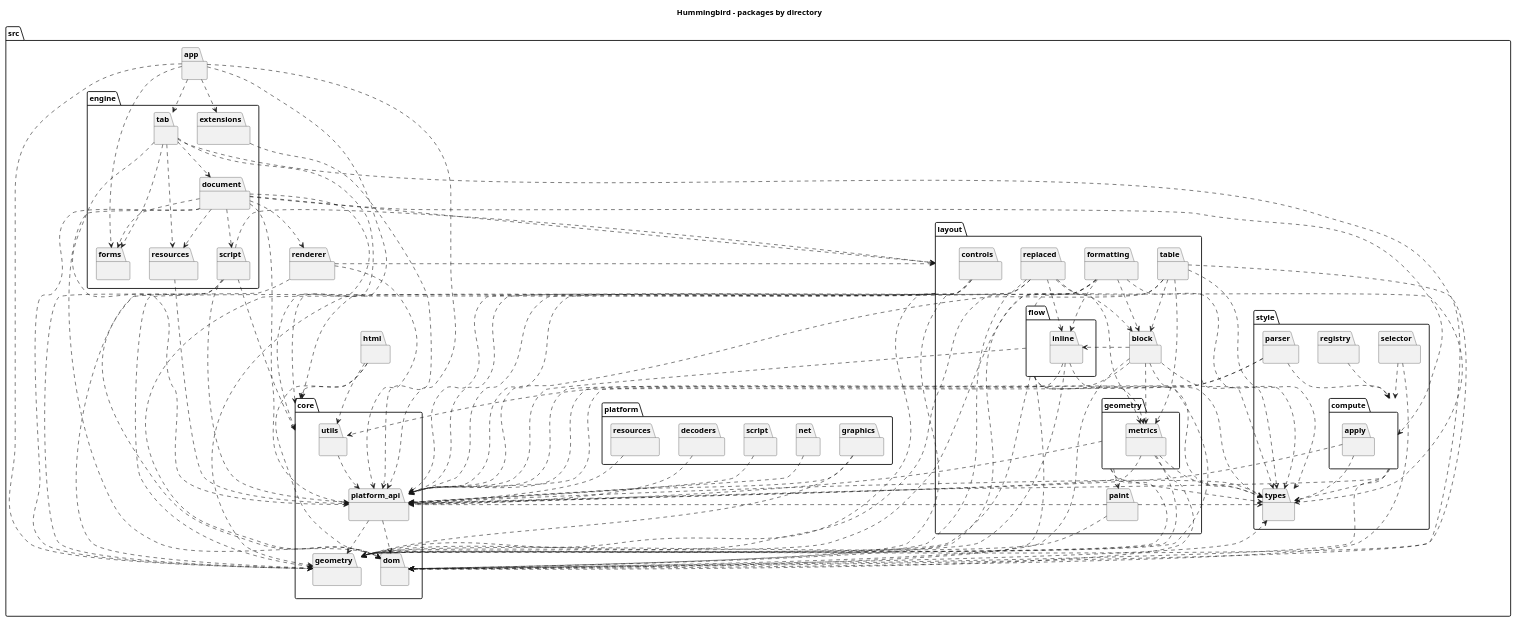
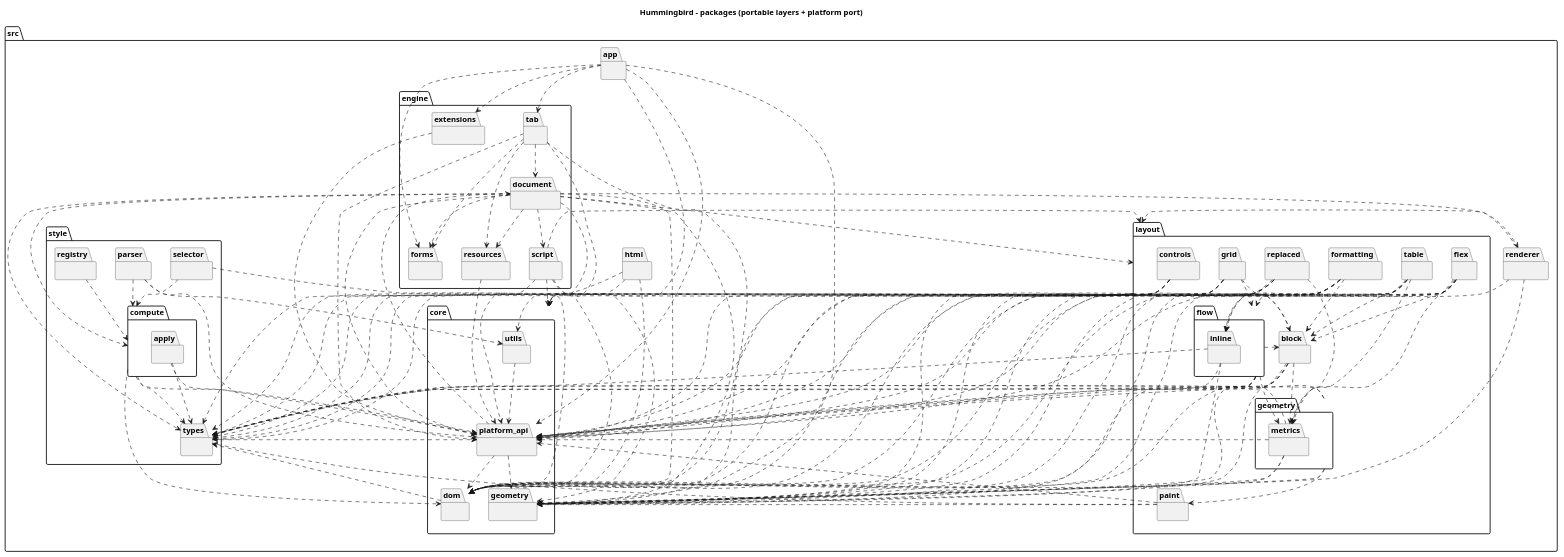
The diagram in doc/diagrams/hummingbird_packages.puml (Dvorkam/hummingbird), drawn with PlantUML before and after one commit. The commit also changed 10 other files, not shown here.

First line of the commit message:
chore: clang-uml diagram signal cleanup (T-ARCH-GUARD-2)

```diff
--- a/doc/diagrams/hummingbird_packages.puml
+++ b/doc/diagrams/hummingbird_packages.puml
@@ -1,194 +1,196 @@
 @startuml
-title Hummingbird - packages by directory
-package [src] as C_0011100957978370531577 {
-package [core] as C_0018226291797328563395 {
-package [platform_api] as C_0005290322240202099963 {
+title Hummingbird - packages (portable layers + platform port)
+package [src] as C_0009392701334512935369 {
+package [core] as C_0014209843741555024820 {
+package [geometry] as C_0003210140419095144248 {
 }
-package [geometry] as C_0017619048834756144719 {
+package [platform_api] as C_0005942173841726501756 {
 }
-package [dom] as C_0010262160306742280090 {
+package [utils] as C_0013759753959918659013 {
 }
-package [utils] as C_0004993456618037629062 {
+package [dom] as C_0009904686820845679556 {
 }
 }
-package [engine] as C_0012032228320325809774 {
-package [document] as C_0006728988167569088611 {
+package [style] as C_0009541372723884481360 {
+package [types] as C_0003609324848510455853 {
 }
-package [forms] as C_0011411158205372248357 {
-}
-package [script] as C_0012529610610199417089 {
-}
-package [tab] as C_0004270005661184071345 {
-}
-package [extensions] as C_0007995706240895500329 {
-}
-package [resources] as C_0012117700829954956092 {
+package [compute] as C_0010750809004078367597 {
+package [apply] as C_0007438010119502517333 {
 }
 }
-package [layout] as C_0009805528515472591959 {
-package [flow] as C_0003193887436724203490 {
-package [inline] as C_0017042317655772623403 {
+package [parser] as C_0003230105963042407715 {
+}
+package [registry] as C_0008440754822717707571 {
+}
+package [selector] as C_0003262794474333108449 {
 }
 }
-package [geometry] as C_0010251112064681705570 {
-package [metrics] as C_0003802227021264366823 {
+package [layout] as C_0016484924776949546325 {
+package [table] as C_0010028313018740234893 {
+}
+package [flow] as C_0016263449681984960935 {
+package [inline] as C_0000133866933942422160 {
 }
 }
-package [paint] as C_0007275253889708151501 {
-}
-package [replaced] as C_0005929846422522178356 {
-}
-package [block] as C_0005319336976980566794 {
-}
-package [formatting] as C_0007525676655630320930 {
-}
-package [controls] as C_0015363997827564436137 {
-}
-package [table] as C_0002851587889281926261 {
+package [geometry] as C_0004106538904384045667 {
+package [metrics] as C_0018345349416159714670 {
 }
 }
-package [style] as C_0018298210427426974030 {
-package [types] as C_0006152180133937422737 {
+package [block] as C_0009643527008220137476 {
 }
-package [compute] as C_0004098635163803892679 {
-package [apply] as C_0012002211468048083168 {
+package [paint] as C_0001757249062605208465 {
+}
+package [formatting] as C_0008363691339124717704 {
+}
+package [controls] as C_0010886010117950990685 {
+}
+package [flex] as C_0016253871836193507164 {
+}
+package [grid] as C_0016584655481991008975 {
+}
+package [replaced] as C_0017294201864577130835 {
 }
 }
-package [parser] as C_0014043061945738789080 {
+package [html] as C_0015178673835733345746 {
 }
-package [registry] as C_0001948837167237898183 {
+package [engine] as C_0005720208553228914609 {
+package [document] as C_0016992185117327198002 {
 }
-package [selector] as C_0014403515881831367413 {
+package [forms] as C_0011270007403136541578 {
+}
+package [extensions] as C_0005003916588326868713 {
+}
+package [tab] as C_0000411124415016547006 {
+}
+package [resources] as C_0013914300113413692400 {
+}
+package [script] as C_0015352416753327187408 {
 }
 }
-package [renderer] as C_0013279341692145090435 {
+package [renderer] as C_0010810530232160936608 {
 }
-package [platform] as C_0008458642084062999008 {
-package [net] as C_0017784854968658610691 {
-}
-package [script] as C_0002110600971257489828 {
-}
-package [decoders] as C_0006226864477385928338 {
-}
-package [graphics] as C_0001297084400601802326 {
-}
-package [resources] as C_0009053932281356038117 {
+package [app] as C_0015197886863879409370 {
 }
 }
-package [html] as C_0004844852132123597125 {
-}
-package [app] as C_0013441347354732792528 {
-}
-}
-C_0005290322240202099963 ..> C_0017619048834756144719
-C_0005290322240202099963 ..> C_0010262160306742280090
-C_0010262160306742280090 ..> C_0006152180133937422737
-C_0004993456618037629062 ..> C_0005290322240202099963
-C_0006728988167569088611 ..> C_0005290322240202099963
-C_0006728988167569088611 ..> C_0009805528515472591959
-C_0006728988167569088611 ..> C_0017619048834756144719
-C_0006728988167569088611 ..> C_0004098635163803892679
-C_0006728988167569088611 ..> C_0018226291797328563395
-C_0006728988167569088611 ..> C_0010262160306742280090
-C_0006728988167569088611 ..> C_0011411158205372248357
-C_0006728988167569088611 ..> C_0013279341692145090435
-C_0006728988167569088611 ..> C_0012529610610199417089
-C_0006728988167569088611 ..> C_0012117700829954956092
-C_0012529610610199417089 ..> C_0010262160306742280090
-C_0012529610610199417089 ..> C_0018226291797328563395
-C_0012529610610199417089 ..> C_0005290322240202099963
-C_0012529610610199417089 ..> C_0009805528515472591959
-C_0012529610610199417089 ..> C_0017619048834756144719
-C_0004270005661184071345 ..> C_0012117700829954956092
-C_0004270005661184071345 ..> C_0006728988167569088611
-C_0004270005661184071345 ..> C_0018226291797328563395
-C_0004270005661184071345 ..> C_0005290322240202099963
-C_0004270005661184071345 ..> C_0011411158205372248357
-C_0004270005661184071345 ..> C_0017619048834756144719
-C_0007995706240895500329 ..> C_0005290322240202099963
-C_0012117700829954956092 ..> C_0005290322240202099963
-C_0009805528515472591959 ..> C_0010262160306742280090
-C_0009805528515472591959 ..> C_0017619048834756144719
-C_0009805528515472591959 ..> C_0005290322240202099963
-C_0009805528515472591959 ..> C_0006152180133937422737
-C_0003193887436724203490 ..> C_0006152180133937422737
-C_0003193887436724203490 ..> C_0005290322240202099963
-C_0003193887436724203490 ..> C_0005319336976980566794
-C_0003193887436724203490 ..> C_0010262160306742280090
-C_0003193887436724203490 ..> C_0017619048834756144719
-C_0003193887436724203490 ..> C_0003802227021264366823
-C_0017042317655772623403 ..> C_0005290322240202099963
-C_0017042317655772623403 ..> C_0017619048834756144719
-C_0017042317655772623403 ..> C_0006152180133937422737
-C_0010251112064681705570 ..> C_0017619048834756144719
-C_0010251112064681705570 ..> C_0006152180133937422737
-C_0010251112064681705570 ..> C_0007275253889708151501
-C_0010251112064681705570 ..> C_0005290322240202099963
-C_0003802227021264366823 ..> C_0006152180133937422737
-C_0003802227021264366823 ..> C_0017619048834756144719
-C_0003802227021264366823 ..> C_0010262160306742280090
-C_0003802227021264366823 ..> C_0005290322240202099963
-C_0007275253889708151501 ..> C_0017619048834756144719
-C_0007275253889708151501 ..> C_0005290322240202099963
-C_0007275253889708151501 ..> C_0006152180133937422737
-C_0005929846422522178356 ..> C_0003802227021264366823
-C_0005929846422522178356 ..> C_0010262160306742280090
-C_0005929846422522178356 ..> C_0006152180133937422737
-C_0005929846422522178356 ..> C_0005290322240202099963
-C_0005929846422522178356 ..> C_0017619048834756144719
-C_0005929846422522178356 ..> C_0017042317655772623403
-C_0005319336976980566794 ..> C_0017619048834756144719
-C_0005319336976980566794 ..> C_0006152180133937422737
-C_0005319336976980566794 ..> C_0010262160306742280090
-C_0005319336976980566794 ..> C_0005290322240202099963
-C_0005319336976980566794 ..> C_0017042317655772623403
-C_0005319336976980566794 ..> C_0003802227021264366823
-C_0007525676655630320930 ..> C_0010262160306742280090
-C_0007525676655630320930 ..> C_0005290322240202099963
-C_0007525676655630320930 ..> C_0017619048834756144719
-C_0007525676655630320930 ..> C_0005319336976980566794
-C_0007525676655630320930 ..> C_0006152180133937422737
-C_0007525676655630320930 ..> C_0017042317655772623403
-C_0015363997827564436137 ..> C_0010262160306742280090
-C_0015363997827564436137 ..> C_0005290322240202099963
-C_0015363997827564436137 ..> C_0017619048834756144719
-C_0002851587889281926261 ..> C_0010262160306742280090
-C_0002851587889281926261 ..> C_0005290322240202099963
-C_0002851587889281926261 ..> C_0017619048834756144719
-C_0002851587889281926261 ..> C_0005319336976980566794
-C_0002851587889281926261 ..> C_0006152180133937422737
-C_0002851587889281926261 ..> C_0003802227021264366823
-C_0006152180133937422737 ..> C_0005290322240202099963
-C_0004098635163803892679 ..> C_0005290322240202099963
-C_0004098635163803892679 ..> C_0010262160306742280090
-C_0004098635163803892679 ..> C_0006152180133937422737
-C_0012002211468048083168 ..> C_0006152180133937422737
-C_0012002211468048083168 ..> C_0005290322240202099963
-C_0014043061945738789080 ..> C_0004993456618037629062
-C_0014043061945738789080 ..> C_0004098635163803892679
-C_0014043061945738789080 ..> C_0005290322240202099963
-C_0001948837167237898183 ..> C_0004098635163803892679
-C_0014403515881831367413 ..> C_0010262160306742280090
-C_0014403515881831367413 ..> C_0004098635163803892679
-C_0013279341692145090435 ..> C_0017619048834756144719
-C_0013279341692145090435 ..> C_0005290322240202099963
-C_0013279341692145090435 ..> C_0009805528515472591959
-C_0017784854968658610691 ..> C_0005290322240202099963
-C_0002110600971257489828 ..> C_0005290322240202099963
-C_0006226864477385928338 ..> C_0005290322240202099963
-C_0001297084400601802326 ..> C_0005290322240202099963
-C_0001297084400601802326 ..> C_0017619048834756144719
-C_0009053932281356038117 ..> C_0005290322240202099963
-C_0004844852132123597125 ..> C_0018226291797328563395
-C_0004844852132123597125 ..> C_0004993456618037629062
-C_0004844852132123597125 ..> C_0010262160306742280090
-C_0013441347354732792528 ..> C_0005290322240202099963
-C_0013441347354732792528 ..> C_0004270005661184071345
-C_0013441347354732792528 ..> C_0018226291797328563395
-C_0013441347354732792528 ..> C_0007995706240895500329
-C_0013441347354732792528 ..> C_0017619048834756144719
-C_0013441347354732792528 ..> C_0011411158205372248357
+C_0005942173841726501756 ..> C_0003210140419095144248
+C_0005942173841726501756 ..> C_0009904686820845679556
+C_0005942173841726501756 ..> C_0016992185117327198002
+C_0013759753959918659013 ..> C_0005942173841726501756
+C_0009904686820845679556 ..> C_0003609324848510455853
+C_0003609324848510455853 ..> C_0005942173841726501756
+C_0010750809004078367597 ..> C_0003609324848510455853
+C_0010750809004078367597 ..> C_0005942173841726501756
+C_0010750809004078367597 ..> C_0009904686820845679556
+C_0007438010119502517333 ..> C_0003609324848510455853
+C_0007438010119502517333 ..> C_0005942173841726501756
+C_0003230105963042407715 ..> C_0010750809004078367597
+C_0003230105963042407715 ..> C_0013759753959918659013
+C_0003230105963042407715 ..> C_0005942173841726501756
+C_0008440754822717707571 ..> C_0010750809004078367597
+C_0003262794474333108449 ..> C_0009904686820845679556
+C_0003262794474333108449 ..> C_0010750809004078367597
+C_0016484924776949546325 ..> C_0009904686820845679556
+C_0016484924776949546325 ..> C_0003210140419095144248
+C_0016484924776949546325 ..> C_0005942173841726501756
+C_0016484924776949546325 ..> C_0003609324848510455853
+C_0010028313018740234893 ..> C_0005942173841726501756
+C_0010028313018740234893 ..> C_0009904686820845679556
+C_0010028313018740234893 ..> C_0003210140419095144248
+C_0010028313018740234893 ..> C_0009643527008220137476
+C_0010028313018740234893 ..> C_0003609324848510455853
+C_0010028313018740234893 ..> C_0018345349416159714670
+C_0016263449681984960935 ..> C_0005942173841726501756
+C_0016263449681984960935 ..> C_0003609324848510455853
+C_0016263449681984960935 ..> C_0009643527008220137476
+C_0016263449681984960935 ..> C_0009904686820845679556
+C_0016263449681984960935 ..> C_0003210140419095144248
+C_0016263449681984960935 ..> C_0018345349416159714670
+C_0000133866933942422160 ..> C_0005942173841726501756
+C_0000133866933942422160 ..> C_0003210140419095144248
+C_0000133866933942422160 ..> C_0003609324848510455853
+C_0004106538904384045667 ..> C_0003609324848510455853
+C_0004106538904384045667 ..> C_0001757249062605208465
+C_0004106538904384045667 ..> C_0003210140419095144248
+C_0004106538904384045667 ..> C_0005942173841726501756
+C_0018345349416159714670 ..> C_0003609324848510455853
+C_0018345349416159714670 ..> C_0003210140419095144248
+C_0018345349416159714670 ..> C_0005942173841726501756
+C_0018345349416159714670 ..> C_0009904686820845679556
+C_0009643527008220137476 ..> C_0009904686820845679556
+C_0009643527008220137476 ..> C_0005942173841726501756
+C_0009643527008220137476 ..> C_0003210140419095144248
+C_0009643527008220137476 ..> C_0000133866933942422160
+C_0009643527008220137476 ..> C_0003609324848510455853
+C_0009643527008220137476 ..> C_0018345349416159714670
+C_0001757249062605208465 ..> C_0003210140419095144248
+C_0001757249062605208465 ..> C_0005942173841726501756
+C_0001757249062605208465 ..> C_0003609324848510455853
+C_0008363691339124717704 ..> C_0009904686820845679556
+C_0008363691339124717704 ..> C_0005942173841726501756
+C_0008363691339124717704 ..> C_0003210140419095144248
+C_0008363691339124717704 ..> C_0009643527008220137476
+C_0008363691339124717704 ..> C_0003609324848510455853
+C_0008363691339124717704 ..> C_0000133866933942422160
+C_0010886010117950990685 ..> C_0009904686820845679556
+C_0010886010117950990685 ..> C_0005942173841726501756
+C_0010886010117950990685 ..> C_0003210140419095144248
+C_0010886010117950990685 ..> C_0003609324848510455853
+C_0016253871836193507164 ..> C_0009904686820845679556
+C_0016253871836193507164 ..> C_0005942173841726501756
+C_0016253871836193507164 ..> C_0003210140419095144248
+C_0016253871836193507164 ..> C_0009643527008220137476
+C_0016253871836193507164 ..> C_0016263449681984960935
+C_0016253871836193507164 ..> C_0003609324848510455853
+C_0016253871836193507164 ..> C_0018345349416159714670
+C_0016584655481991008975 ..> C_0009904686820845679556
+C_0016584655481991008975 ..> C_0005942173841726501756
+C_0016584655481991008975 ..> C_0003210140419095144248
+C_0016584655481991008975 ..> C_0009643527008220137476
+C_0016584655481991008975 ..> C_0016263449681984960935
+C_0016584655481991008975 ..> C_0003609324848510455853
+C_0017294201864577130835 ..> C_0005942173841726501756
+C_0017294201864577130835 ..> C_0009904686820845679556
+C_0017294201864577130835 ..> C_0003210140419095144248
+C_0017294201864577130835 ..> C_0000133866933942422160
+C_0017294201864577130835 ..> C_0018345349416159714670
+C_0017294201864577130835 ..> C_0003609324848510455853
+C_0015178673835733345746 ..> C_0014209843741555024820
+C_0015178673835733345746 ..> C_0013759753959918659013
+C_0015178673835733345746 ..> C_0009904686820845679556
+C_0016992185117327198002 ..> C_0016484924776949546325
+C_0016992185117327198002 ..> C_0003210140419095144248
+C_0016992185117327198002 ..> C_0005942173841726501756
+C_0016992185117327198002 ..> C_0010810530232160936608
+C_0016992185117327198002 ..> C_0011270007403136541578
+C_0016992185117327198002 ..> C_0010750809004078367597
+C_0016992185117327198002 ..> C_0014209843741555024820
+C_0016992185117327198002 ..> C_0009904686820845679556
+C_0016992185117327198002 ..> C_0013914300113413692400
+C_0016992185117327198002 ..> C_0015352416753327187408
+C_0016992185117327198002 ..> C_0003609324848510455853
+C_0005003916588326868713 ..> C_0005942173841726501756
+C_0000411124415016547006 ..> C_0014209843741555024820
+C_0000411124415016547006 ..> C_0003210140419095144248
+C_0000411124415016547006 ..> C_0005942173841726501756
+C_0000411124415016547006 ..> C_0011270007403136541578
+C_0000411124415016547006 ..> C_0013914300113413692400
+C_0000411124415016547006 ..> C_0016992185117327198002
+C_0013914300113413692400 ..> C_0005942173841726501756
+C_0015352416753327187408 ..> C_0009904686820845679556
+C_0015352416753327187408 ..> C_0014209843741555024820
+C_0015352416753327187408 ..> C_0005942173841726501756
+C_0015352416753327187408 ..> C_0016484924776949546325
+C_0015352416753327187408 ..> C_0003210140419095144248
+C_0010810530232160936608 ..> C_0003210140419095144248
+C_0010810530232160936608 ..> C_0005942173841726501756
+C_0010810530232160936608 ..> C_0016484924776949546325
+C_0015197886863879409370 ..> C_0005942173841726501756
+C_0015197886863879409370 ..> C_0000411124415016547006
+C_0015197886863879409370 ..> C_0014209843741555024820
+C_0015197886863879409370 ..> C_0003210140419095144248
+C_0015197886863879409370 ..> C_0005003916588326868713
+C_0015197886863879409370 ..> C_0011270007403136541578
 
-'Generated with clang-uml, version 0.6.2
-'LLVM version clang version 20.1.8 (Fedora 20.1.8-2.fc43)
+'Generated with clang-uml, version 0.6.3
+'LLVM version clang version 22.1.8 (https://github.com/llvm/llvm-project.git ca7933e47d3a3451d81e72ac174dcb5aa28b59d1)
 @enduml
```
